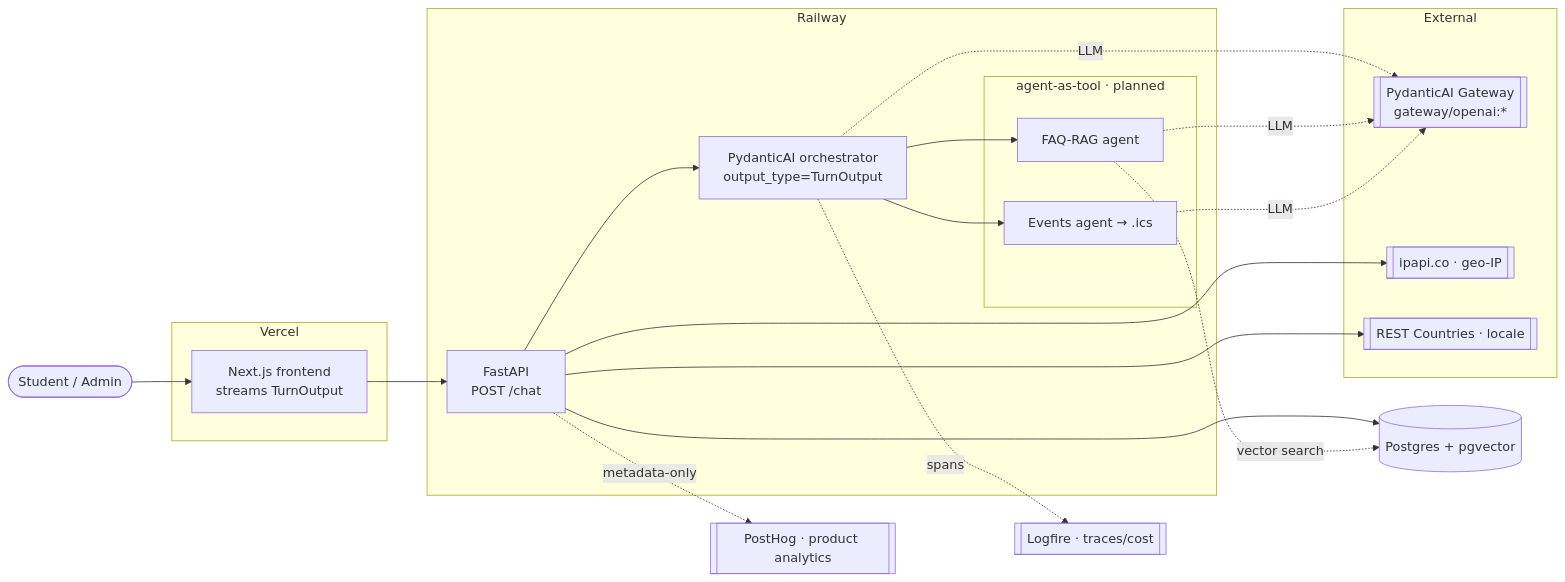
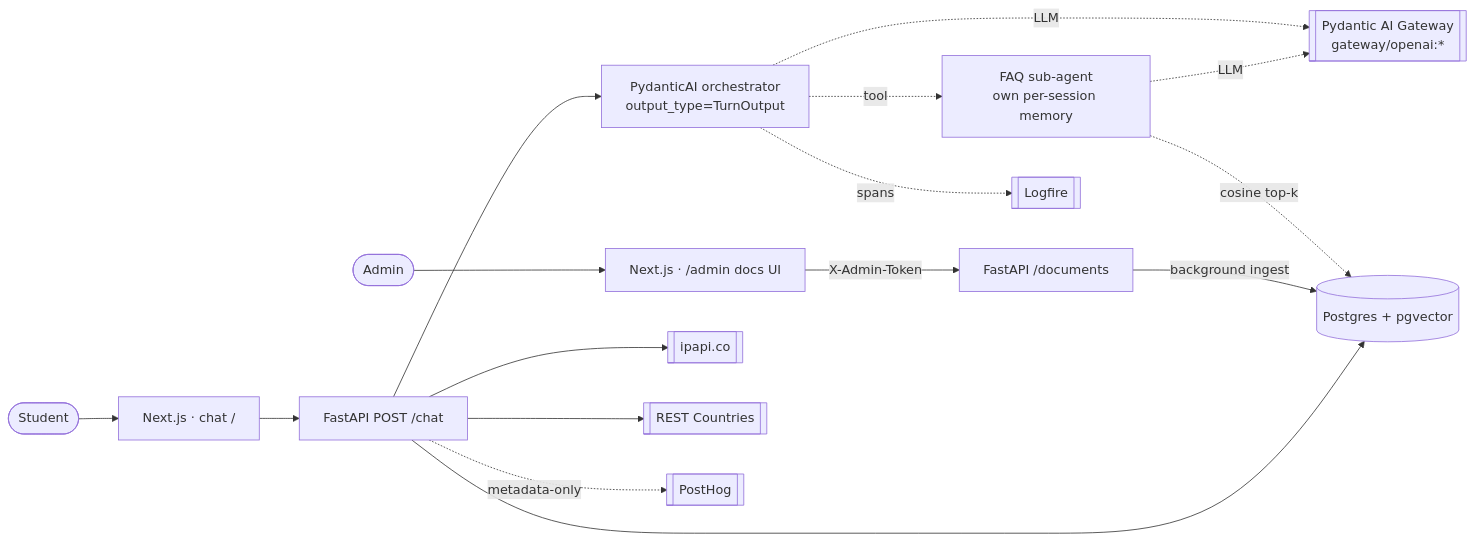
Before and after one commit to alejandrovelez243/zapp-test: the first of 2 diagrams in ARCHITECTURE.md, drawn with Mermaid. The commit also changed other lines of this file, not shown here.

Commit message:
docs(architecture): rewrite to current state — tools-first, deterministic guardrails, custom eval, sub-agent memory, admin UI

````diff
--- a/ARCHITECTURE.md
+++ b/ARCHITECTURE.md
@@ -8,34 +8,17 @@
 ```mermaid
 flowchart LR
-  user([Student / Admin])
-  subgraph Vercel
-    FE[Next.js frontend<br/>streams TurnOutput]
-  end
-  subgraph Railway
-    API[FastAPI<br/>POST /chat]
-    ORC[PydanticAI orchestrator<br/>output_type=TurnOutput]
-    subgraph tools[agent-as-tool · planned]
-      FAQ[FAQ-RAG agent]
-      EV[Events agent → .ics]
-    end
-  end
-  subgraph External
-    GW[[PydanticAI Gateway<br/>gateway/openai:*]]
-    IPAPI[[ipapi.co · geo-IP]]
-    RC[[REST Countries · locale]]
-  end
-  DB[(Postgres + pgvector)]
-  LF[[Logfire · traces/cost]]
-  PH[[PostHog · product analytics]]
-
-  user --> FE --> API --> ORC
-  ORC -. LLM .-> GW
-  ORC --> FAQ -. LLM .-> GW
-  ORC --> EV -. LLM .-> GW
-  API --> IPAPI
-  API --> RC
+  user([Student]) --> FE[Next.js · chat /]
+  admin([Admin]) --> FEA[Next.js · /admin docs UI]
+  FE --> API[FastAPI POST /chat]
+  FEA -->|X-Admin-Token| DOCS[FastAPI /documents]
+  API --> ORC[PydanticAI orchestrator<br/>output_type=TurnOutput]
+  ORC -. tool .-> FAQ[FAQ sub-agent<br/>own per-session memory]
+  ORC -. LLM .-> GW[[Pydantic AI Gateway<br/>gateway/openai:*]]
+  FAQ -. LLM .-> GW
+  FAQ -. cosine top-k .-> DB[(Postgres + pgvector)]
+  DOCS -->|background ingest| DB
+  API --> IPAPI[[ipapi.co]] & RC[[REST Countries]]
   API --> DB
-  FAQ -. vector search .-> DB
-  ORC -. spans .-> LF
-  API -. metadata-only .-> PH
+  ORC -. spans .-> LF[[Logfire]]
+  API -. metadata-only .-> PH[[PostHog]]
 ```
````
